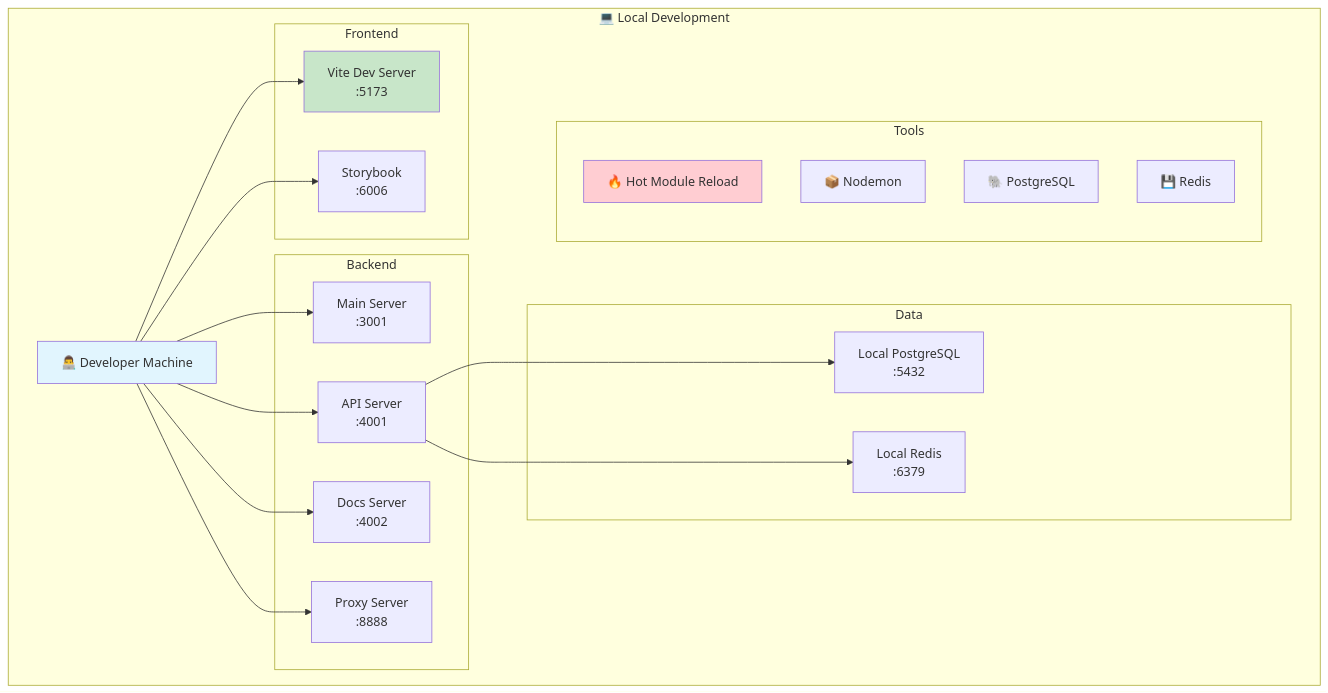
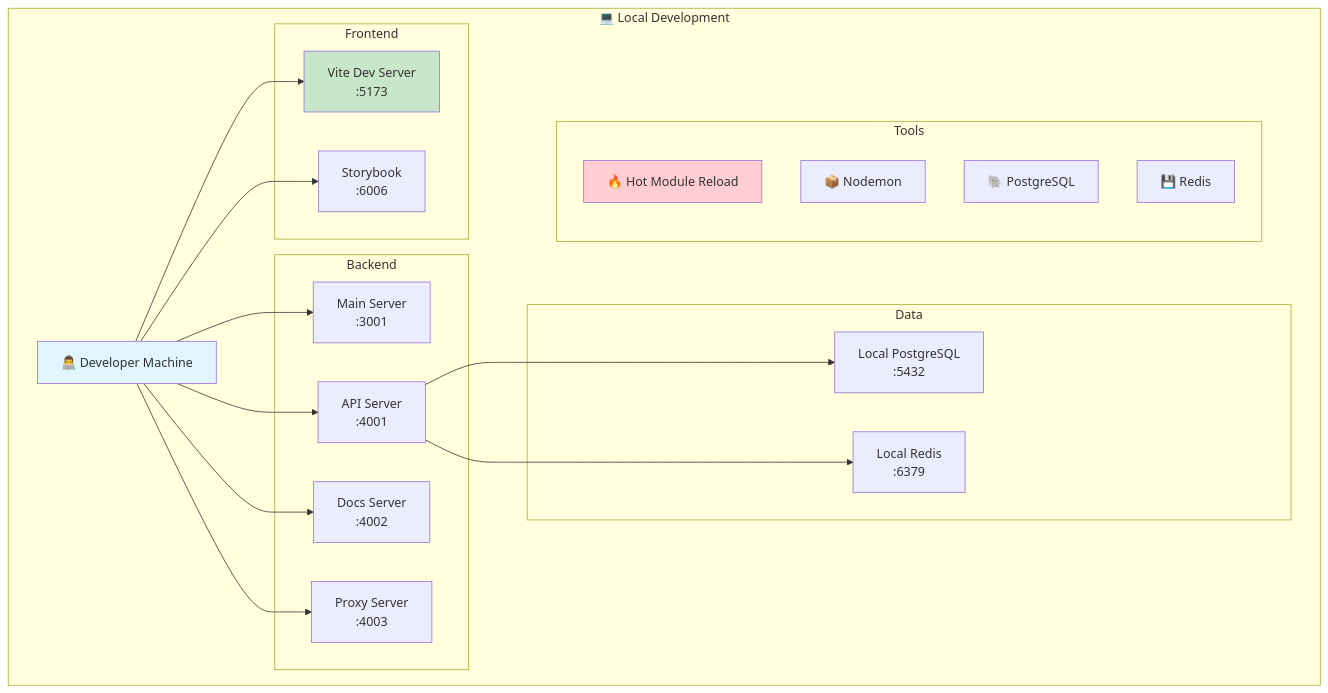
The second of 8 diagrams in docs/technical/architecture/deployment-architecture.md (ElementSoftwareMedica/ElementMedica), drawn with Mermaid before and after one commit. The commit also changed other lines of this file and 685 other files, not shown here.

````diff
--- a/docs/technical/architecture/deployment-architecture.md
+++ b/docs/technical/architecture/deployment-architecture.md
@@ -126,44 +126,44 @@
 ```mermaid
 graph TD
     subgraph "💻 Local Development"
         DEV["👨‍💻 Developer Machine"]
         
         subgraph "Frontend"
             VD["Vite Dev Server<br/>:5173"]
             SB["Storybook<br/>:6006"]
         end
         
         subgraph "Backend"
             MS["Main Server<br/>:3001"]
             AS["API Server<br/>:4001"]
             DS["Docs Server<br/>:4002"]
-            PS["Proxy Server<br/>:8888"]
+            PS["Proxy Server<br/>:4003"]
         end
         
         subgraph "Data"
             LDB["Local PostgreSQL<br/>:5432"]
             LRD["Local Redis<br/>:6379"]
         end
         
         subgraph "Tools"
             HMR["🔥 Hot Module Reload"]
             NM["📦 Nodemon"]
             PG["🐘 PostgreSQL"]
             RDS["💾 Redis"]
         end
     end
     
     DEV --> VD
     DEV --> SB
     DEV --> MS
     DEV --> AS
     DEV --> DS
     DEV --> PS
     
     AS --> LDB
     AS --> LRD
     
     style DEV fill:#e1f5fe
     style VD fill:#c8e6c9
     style HMR fill:#ffcdd2
 ```
````
